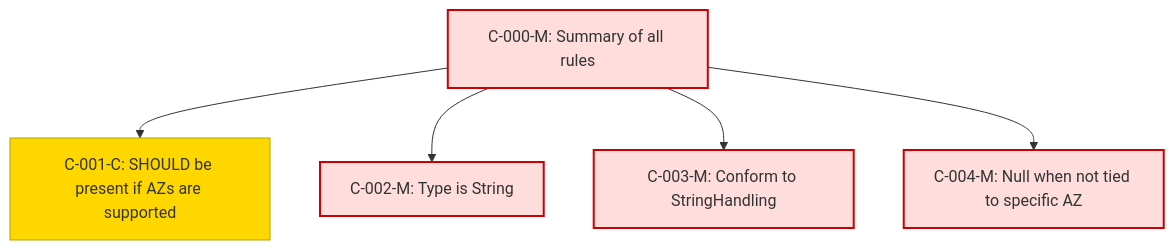
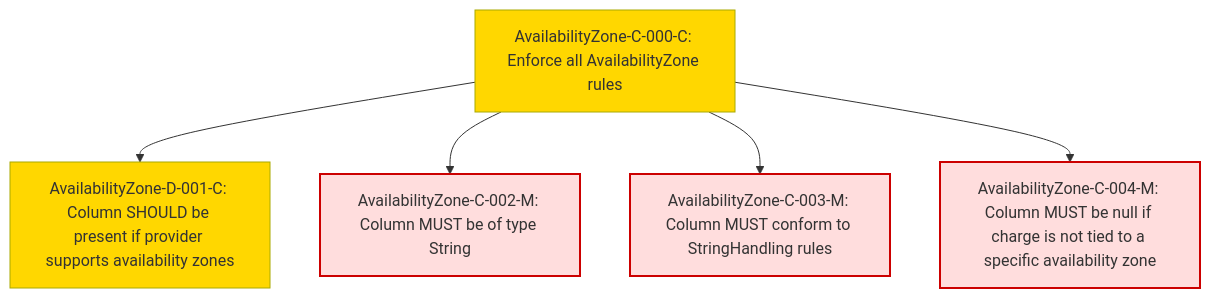
Before and after one commit to FinOps-Open-Cost-and-Usage-Spec/FOCUS_Spec: the diagram in specification/conformance/cr-stage1/availabilityzone_cr.md, drawn with Mermaid. The commit also changed other lines of this file, not shown here.

Commit message:
add availability zone

````diff
--- a/specification/conformance/cr-stage1/availabilityzone_cr.md
+++ b/specification/conformance/cr-stage1/availabilityzone_cr.md
@@ -15,25 +16,25 @@
 ```mermaid
+
 graph TD
 
 %% Root Composite
-AZ000["C-000-M: Summary of all rules"]
-AZ001["C-001-C: SHOULD be present if AZs are supported"]
-AZ002["C-002-M: Type is String"]
-AZ003["C-003-M: Conform to StringHandling"]
-AZ004["C-004-M: Null when not tied to specific AZ"]
+AZ000["AvailabilityZone-C-000-C: Enforce all AvailabilityZone rules"]
+AZ001["AvailabilityZone-D-001-C: Column SHOULD be present if provider supports availability zones"]
+AZ002["AvailabilityZone-C-002-M: Column MUST be of type String"]
+AZ003["AvailabilityZone-C-003-M: Column MUST conform to StringHandling rules"]
+AZ004["AvailabilityZone-C-004-M: Column MUST be null if charge is not tied to a specific availability zone"]
 
 %% Root connections
 AZ000 --> AZ001
 AZ000 --> AZ002
 AZ000 --> AZ003
 AZ000 --> AZ004
 
 %% Styling by Rule Type
 classDef mandatory fill:#fdd,stroke:#c00,stroke-width:2px;
 classDef conditional fill:#ffd700,stroke:#aa0,stroke-width:1px;
 classDef optional fill:#c0f5c0,stroke:#2c8c2c,stroke-width:1px;
 
-class AZ000 mandatory;
-class AZ001 conditional;
+class AZ000,AZ001 conditional;
 class AZ002,AZ003,AZ004 mandatory;
 ```
````
